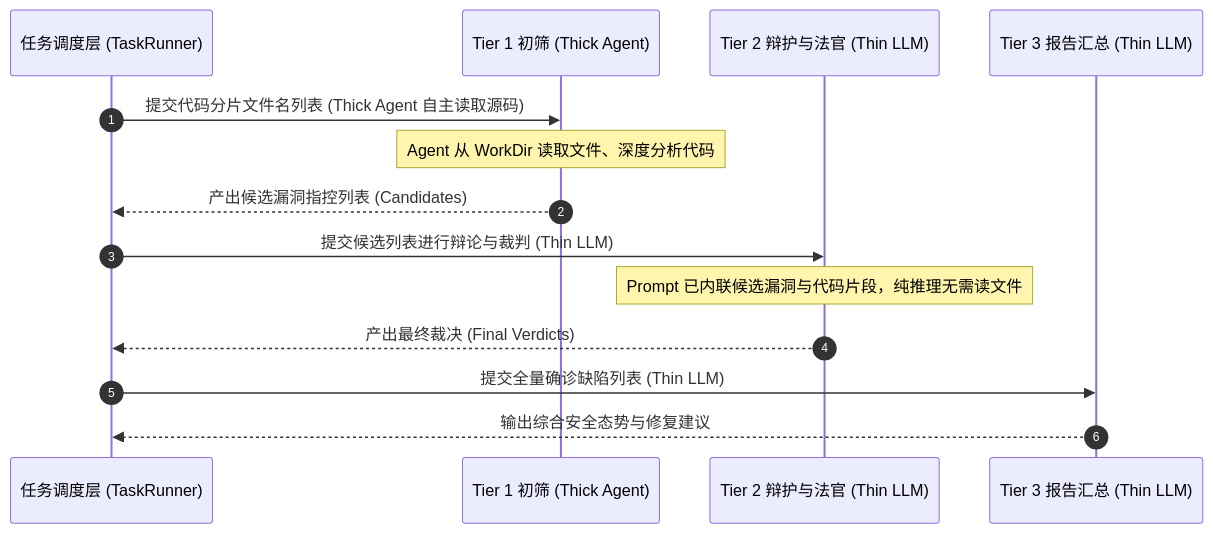
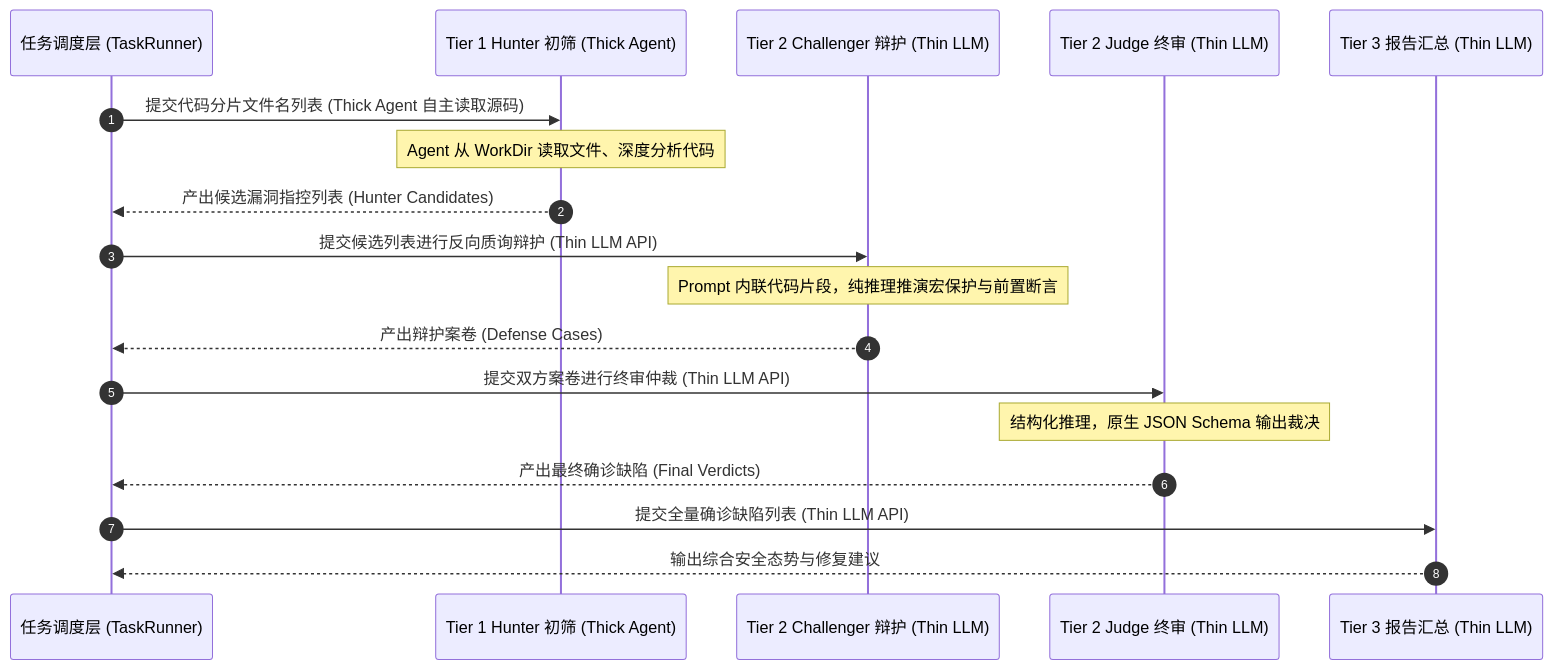
Before and after one commit to fugui/code-shield: the third of 5 diagrams in docs/native-llm-architecture/01-CodeShield-原生LLM轻量执行引擎与混合调用架构设计.md, drawn with Mermaid. The commit also changed other lines of this file and 1 other file, not shown here.

````diff
--- a/docs/native-llm-architecture/01-CodeShield-原生LLM轻量执行引擎与混合调用架构设计.md
+++ b/docs/native-llm-architecture/01-CodeShield-原生LLM轻量执行引擎与混合调用架构设计.md
@@ -117,19 +111,24 @@
 ```mermaid
 sequenceDiagram
     autonumber
     participant Task as 任务调度层 (TaskRunner)
-    participant Tier1 as Tier 1 初筛 (Thick Agent)
-    participant Tier2_J as Tier 2 辩护与法官 (Thin LLM)
-    participant Tier3 as Tier 3 报告汇总 (Thin LLM)
+    participant Tier1_H as Tier 1 Hunter 初筛 (Thick Agent)
+    participant Tier2_C as Tier 2 Challenger 辩护 (Thin LLM)
+    participant Tier2_J as Tier 2 Judge 终审 (Thin LLM)
+    participant Tier3_S as Tier 3 报告汇总 (Thin LLM)
 
-    Task->>Tier1: 提交代码分片文件名列表 (Thick Agent 自主读取源码)
-    Note over Tier1: Agent 从 WorkDir 读取文件、深度分析代码
-    Tier1-->>Task: 产出候选漏洞指控列表 (Candidates)
+    Task->>Tier1_H: 提交代码分片文件名列表 (Thick Agent 自主读取源码)
+    Note over Tier1_H: Agent 从 WorkDir 读取文件、深度分析代码
+    Tier1_H-->>Task: 产出候选漏洞指控列表 (Hunter Candidates)
 
-    Task->>Tier2_J: 提交候选列表进行辩论与裁判 (Thin LLM)
-    Note over Tier2_J: Prompt 已内联候选漏洞与代码片段，纯推理无需读文件
-    Tier2_J-->>Task: 产出最终裁决 (Final Verdicts)
+    Task->>Tier2_C: 提交候选列表进行反向质询辩护 (Thin LLM API)
+    Note over Tier2_C: Prompt 内联代码片段，纯推理推演宏保护与前置断言
+    Tier2_C-->>Task: 产出辩护案卷 (Defense Cases)
 
-    Task->>Tier3: 提交全量确诊缺陷列表 (Thin LLM)
-    Tier3-->>Task: 输出综合安全态势与修复建议
+    Task->>Tier2_J: 提交双方案卷进行终审仲裁 (Thin LLM API)
+    Note over Tier2_J: 结构化推理，原生 JSON Schema 输出裁决
+    Tier2_J-->>Task: 产出最终确诊缺陷 (Final Verdicts)
+
+    Task->>Tier3_S: 提交全量确诊缺陷列表 (Thin LLM API)
+    Tier3_S-->>Task: 输出综合安全态势与修复建议
 ```
````
